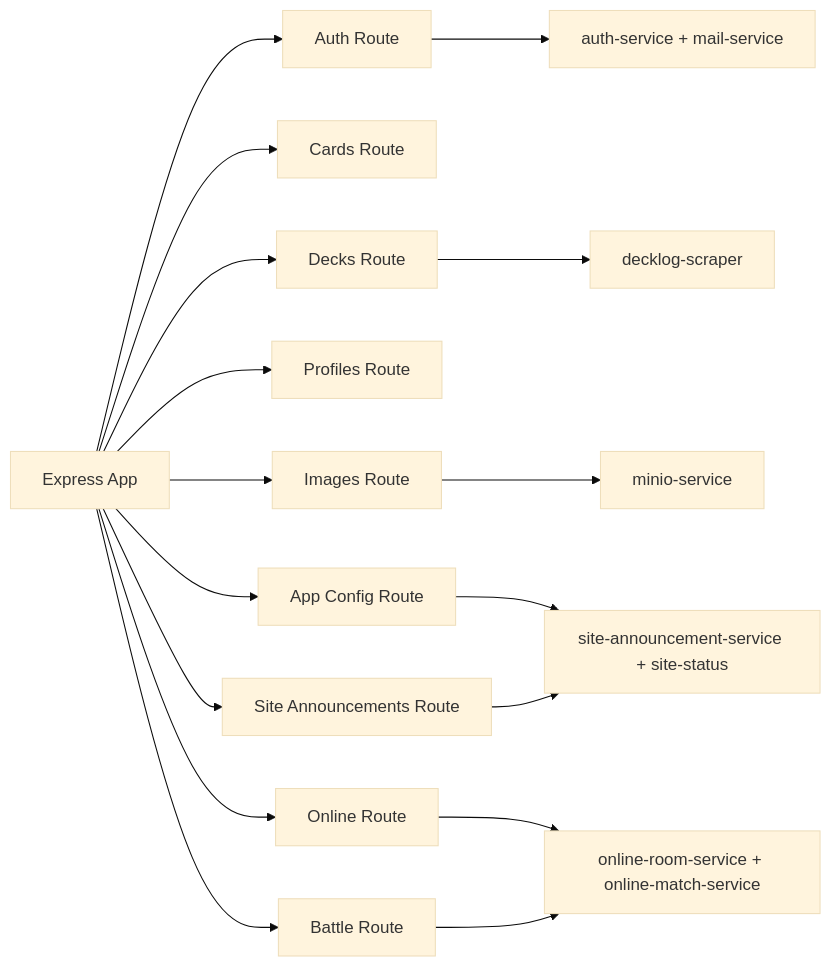
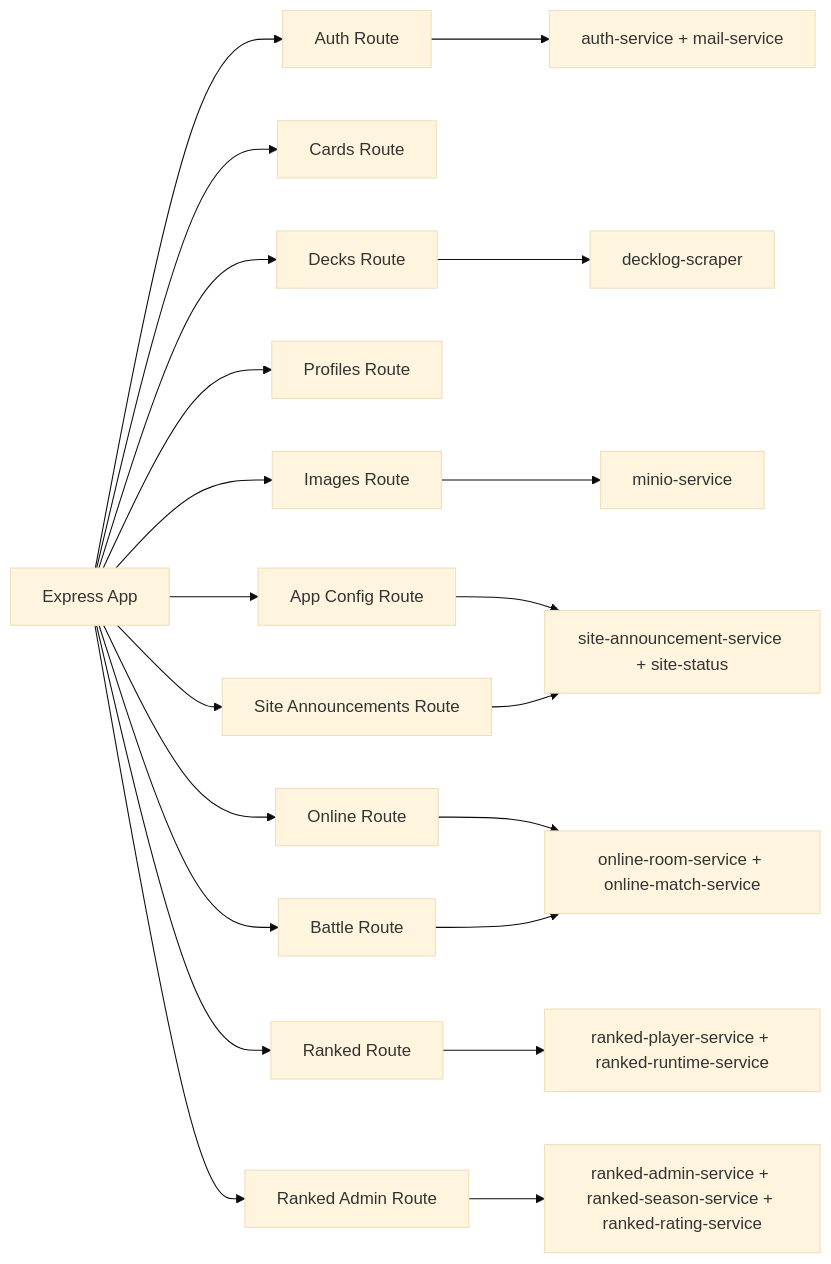
Before and after one commit to catmeow123456/loveca-dev: the seventh of 9 diagrams in docs/system-design.md, drawn with Mermaid (base theme). The commit also changed other lines of this file and 61 other files, not shown here.

````diff
--- a/docs/system-design.md
+++ b/docs/system-design.md
@@ -353,20 +357,24 @@
 ```mermaid
 graph LR
     App[Express App] --> AuthR[Auth Route]
     App --> CardsR[Cards Route]
     App --> DecksR[Decks Route]
     App --> ProfilesR[Profiles Route]
     App --> ImagesR[Images Route]
     App --> ConfigR[App Config Route]
     App --> SiteAnnouncementsR[Site Announcements Route]
     App --> OnlineR[Online Route]
     App --> BattleR[Battle Route]
+    App --> RankedR[Ranked Route]
+    App --> RankedAdminR[Ranked Admin Route]
 
     AuthR --> AuthSvc[auth-service + mail-service]
     DecksR --> Scraper[decklog-scraper]
     ImagesR --> MinioSvc[minio-service]
     ConfigR --> OpsSvc[site-announcement-service + site-status]
     SiteAnnouncementsR --> OpsSvc
     OnlineR --> OnlineSvc[online-room-service + online-match-service]
     BattleR --> OnlineSvc
+    RankedR --> RankedSvc[ranked-player-service + ranked-runtime-service]
+    RankedAdminR --> RankedAdminSvc[ranked-admin-service + ranked-season-service + ranked-rating-service]
 ```
````
